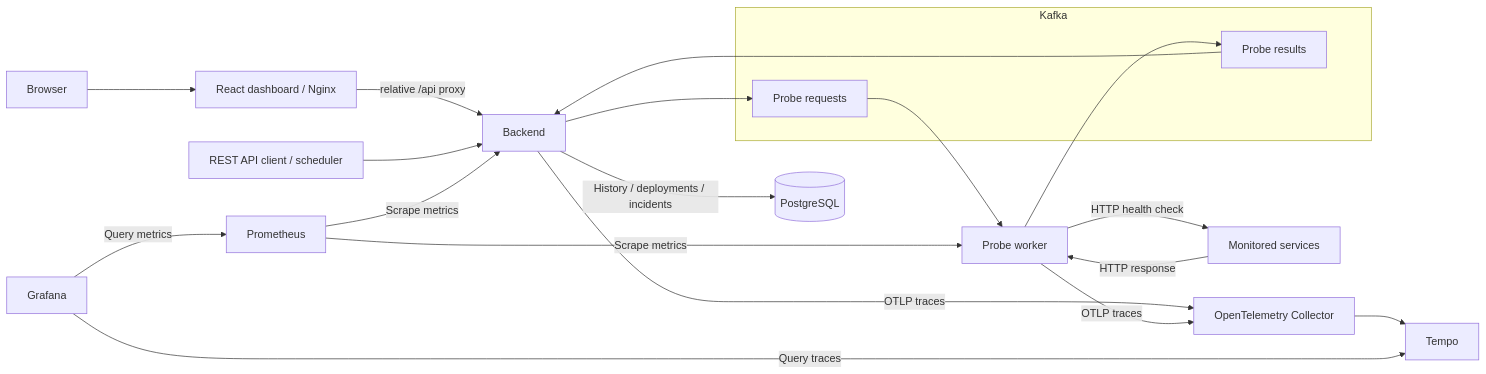
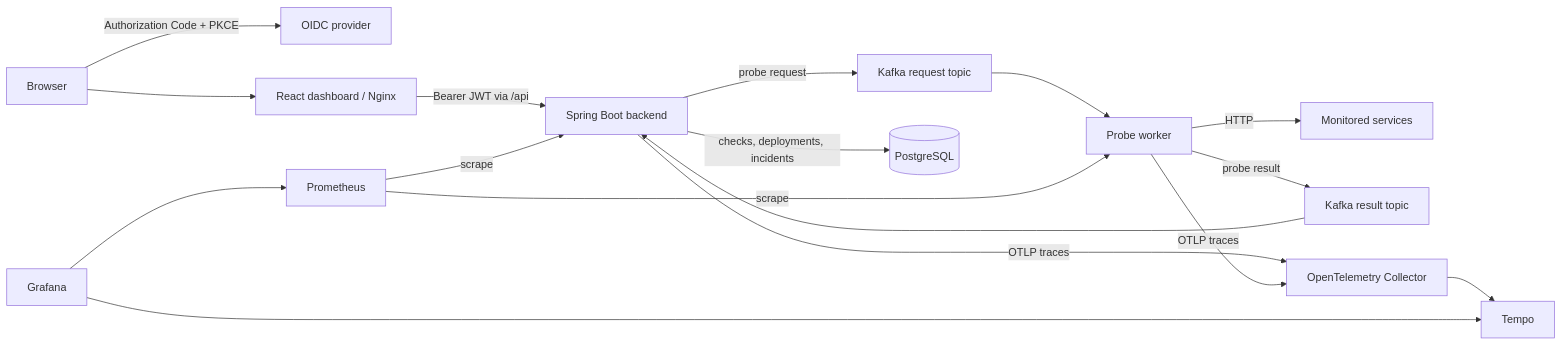
The diagram in README.md (doctor277/launchguard), drawn with Mermaid before and after one commit. The commit also changed other lines of this file and 6 other files, not shown here.

````diff
--- a/README.md
+++ b/README.md
@@ -23,25 +22,20 @@
 ```mermaid
 flowchart LR
-    Browser[Browser] --> Dashboard[React dashboard / Nginx]
-    Dashboard -->|relative /api proxy| Backend[Backend]
-    Client[REST API client / scheduler] --> Backend
-    subgraph Kafka[Kafka]
-        Requests[Probe requests]
-        Results[Probe results]
-    end
-    Backend --> Requests
+    User[Browser] -->|Authorization Code + PKCE| IdP[OIDC provider]
+    User --> Dashboard[React dashboard / Nginx]
+    Dashboard -->|Bearer JWT via /api| Backend[Spring Boot backend]
+    Backend -->|probe request| Requests[Kafka request topic]
     Requests --> Worker[Probe worker]
-    Worker -->|HTTP health check| Services[Monitored services]
-    Services -->|HTTP response| Worker
-    Worker --> Results
+    Worker -->|HTTP| Services[Monitored services]
+    Worker -->|probe result| Results[Kafka result topic]
     Results --> Backend
-    Backend -->|History / deployments / incidents| DB[(PostgreSQL)]
+    Backend -->|checks, deployments, incidents| DB[(PostgreSQL)]
 
-    Prometheus -->|Scrape metrics| Backend
-    Prometheus -->|Scrape metrics| Worker
+    Prometheus -->|scrape| Backend
+    Prometheus -->|scrape| Worker
     Backend -->|OTLP traces| Collector[OpenTelemetry Collector]
     Worker -->|OTLP traces| Collector
     Collector --> Tempo
-    Grafana -->|Query metrics| Prometheus
-    Grafana -->|Query traces| Tempo
+    Grafana --> Prometheus
+    Grafana --> Tempo
 ```
````
